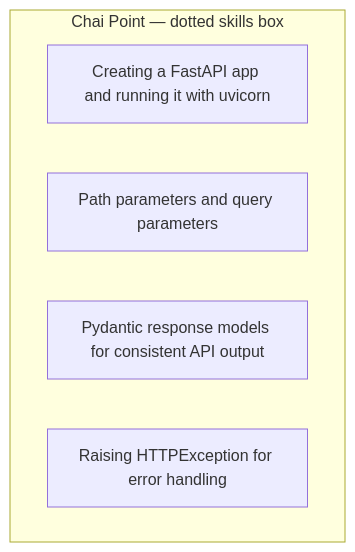
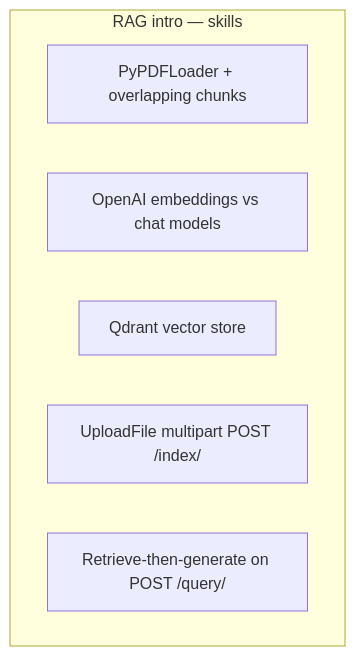
One commit to yash9614/FastAPI-Projects_oo1 changed the third of 6 diagrams in README.md. Above: the diagram before and after it, drawn with Mermaid. The commit also changed other lines of this file, not shown here.

Commit message:
Document rag project on the repo homepage

````diff
--- a/README.md
+++ b/README.md
@@ -45,9 +63,10 @@
 ```mermaid
 flowchart TB
-    subgraph learn1 ["Chai Point — dotted skills box"]
-        A1["Creating a FastAPI app and running it with uvicorn"]
-        B1["Path parameters and query parameters"]
-        C1["Pydantic response models for consistent API output"]
-        D1["Raising HTTPException for error handling"]
+    subgraph learn6 ["RAG intro — skills"]
+        A6["PyPDFLoader + overlapping chunks"]
+        B6["OpenAI embeddings vs chat models"]
+        C6["Qdrant vector store"]
+        D6["UploadFile multipart POST /index/"]
+        E6["Retrieve-then-generate on POST /query/"]
     end
 ```
````
